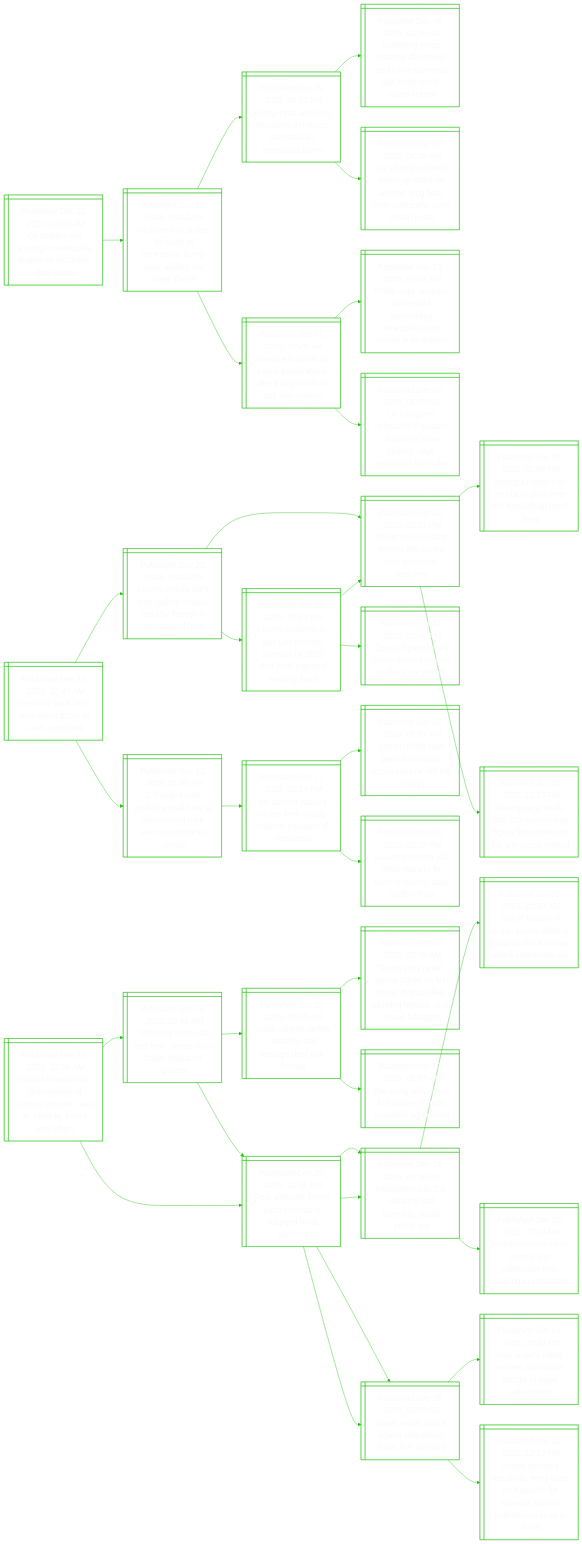
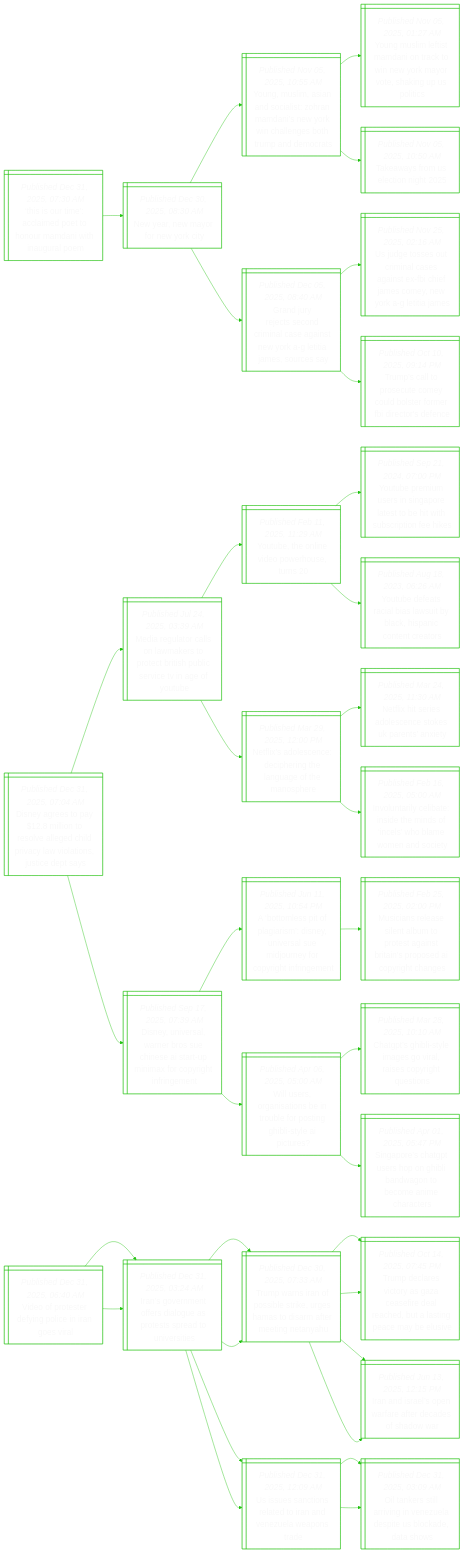
One commit to notJmes/notJmes changed the diagram in README.md. Above: the diagram before and after it, drawn with Mermaid. The commit also changed other lines of this file, not shown here.

````diff
--- a/README.md
+++ b/README.md
@@ -16,112 +16,112 @@
 flowchart LR
 classDef txtsize font-size:20px;
 
+Tsicetnaiiuo@{ shape: win-pane, label: "_Published Dec 31, 2025, 07:30 AM_
+‘this is our time’: acclaimed poet to honour mamdani with inaugural poem" }
+NamfwC@{ shape: win-pane, label: "_Published Dec 30, 2025, 08:30 AM_
+New year, new mayor for new york city" }
+YMmnoihaiYilehpea@{ shape: win-pane, label: "_Published Nov 05, 2025, 10:55 AM_
+Young, muslim, asian and socialist: zohran mamdani’s new york win challenges both trump and democrats" }
+YMmimociYaoauoc@{ shape: win-pane, label: "_Published Nov 05, 2025, 01:27 AM_
+Young muslim leftist mamdani on track to win new york mayor vote, shaking up us politics" }
+Twreig@{ shape: win-pane, label: "_Published Nov 05, 2025, 10:50 AM_
+Takeaways from us election night 2025" }
+GjesnmcgtoLiera@{ shape: win-pane, label: "_Published Dec 05, 2025, 08:40 AM_
+Grand jury rejects second criminal case against new york a-g letitia james, sources say" }
+UgstiagtIfsyoLie@{ shape: win-pane, label: "_Published Nov 25, 2025, 02:16 AM_
+Us judge tosses out criminal cases against ex-fbi chief james comey, new york a-g letitia james" }
+TstseydtrBesn@{ shape: win-pane, label: "_Published Oct 10, 2025, 09:14 PM_
+Trump’s call to prosecute comey could bolster former fbi director's defence" }
+
+Tsicetnaiiuo:::txtsize --> NamfwC:::txtsize
+NamfwC:::txtsize --> YMmnoihaiYilehpea:::txtsize
+YMmnoihaiYilehpea:::txtsize --> YMmimociYaoauoc:::txtsize
+YMmnoihaiYilehpea:::txtsize --> Twreig:::txtsize
+NamfwC:::txtsize --> GjesnmcgtoLiera:::txtsize
+GjesnmcgtoLiera:::txtsize --> UgstiagtIfsyoLie:::txtsize
+GjesnmcgtoLiera:::txtsize --> TstseydtrBesn:::txtsize
+
+DyealollcpcvtJct@{ shape: win-pane, label: "_Published Dec 31, 2025, 07:04 AM_
+Disney agrees to pay $12.8 million to resolve alleged child privacy law violations, justice dept says" }
+MraanattrhivVeu@{ shape: win-pane, label: "_Published Jul 24, 2025, 03:39 AM_
+Media regulator calls on lawmakers to protect british public service tv in age of youtube" }
+Yboeores@{ shape: win-pane, label: "_Published Feb 11, 2025, 11:29 AM_
+Youtube, the online video powerhouse, turns 20" }
+Ybmsnalthtstee@{ shape: win-pane, label: "_Published Sep 21, 2024, 07:00 PM_
+Youtube premium users in singapore latest to be hit with subscription fee hikes" }
+Ybeabatascees@{ shape: win-pane, label: "_Published Aug 18, 2023, 06:26 AM_
+Youtube defeats racial bias lawsuit by black, hispanic content creators" }
+Nioeeetneese@{ shape: win-pane, label: "_Published Mar 29, 2025, 12:00 PM_
+Netflix’s adolescence: deciphering the language of the manosphere" }
+Nisseckpti@{ shape: win-pane, label: "_Published Mar 24, 2025, 11:30 AM_
+Netflix hit series adolescence stokes uk parents’ anxiety" }
+Iuiledmoeoenoy@{ shape: win-pane, label: "_Published Feb 16, 2025, 05:00 AM_
+Involuntarily celibate: inside the minds of ‘incels’ who blame women and society" }
+DyeWrsiArixogfe@{ shape: win-pane, label: "_Published Sep 17, 2025, 07:39 AM_
+Disney, universal, warner bros sue chinese ai start-up minimax for copyright infringement" }
+Aosfimevliroytie@{ shape: win-pane, label: "_Published Jun 11, 2025, 10:54 PM_
+A ‘bottomless pit of plagiarism’: disney, universal sue midjourney for copyright infringement" }
+MieenurtnisoIrce@{ shape: win-pane, label: "_Published Feb 25, 2025, 02:00 PM_
+Musicians release silent album to protest against britain’s proposed ai copyright changes" }
+WsrsnnbriitIu@{ shape: win-pane, label: "_Published Apr 06, 2025, 05:00 AM_
+Will users, organisations be in trouble for posting ghibli-style ai pictures?" }
+CPitmgasphss@{ shape: win-pane, label: "_Published Mar 28, 2025, 10:10 AM_
+Chatgpt’s ghibli-style images go viral, raises copyright questions" }
+SpCProbnoeacc@{ shape: win-pane, label: "_Published Apr 01, 2025, 05:47 PM_
+Singapore’s chatgpt users hop on ghibli bandwagon to become anime characters" }
+
+DyealollcpcvtJct:::txtsize --> MraanattrhivVeu:::txtsize
+MraanattrhivVeu:::txtsize --> Yboeores:::txtsize
+Yboeores:::txtsize --> Ybmsnalthtstee:::txtsize
+Yboeores:::txtsize --> Ybeabatascees:::txtsize
+MraanattrhivVeu:::txtsize --> Nioeeetneese:::txtsize
+Nioeeetneese:::txtsize --> Nisseckpti:::txtsize
+Nioeeetneese:::txtsize --> Iuiledmoeoenoy:::txtsize
+DyealollcpcvtJct:::txtsize --> DyeWrsiArixogfe:::txtsize
+DyeWrsiArixogfe:::txtsize --> Aosfimevliroytie:::txtsize
+Aosfimevliroytie:::txtsize --> MieenurtnisoIrce:::txtsize
+DyeWrsiArixogfe:::txtsize --> WsrsnnbriitIu:::txtsize
+WsrsnnbriitIu:::txtsize --> CPitmgasphss:::txtsize
+WsrsnnbriitIu:::txtsize --> SpCProbnoeacc:::txtsize
+
+Votrilngi@{ shape: win-pane, label: "_Published Dec 31, 2025, 06:40 AM_
+Video of protester defying police in iran goes viral" }
+Ignososeptvt@{ shape: win-pane, label: "_Published Dec 31, 2025, 03:24 AM_
+Iran’s government offers dialogue as protests spread to universities" }
+TwIfituHtateNy@{ shape: win-pane, label: "_Published Dec 30, 2025, 07:33 AM_
+Trump warns iran of possible strike, urges hamas to disarm after meeting netanyahu" }
+Tdrcaaededlncbs@{ shape: win-pane, label: "_Published Oct 14, 2025, 07:45 PM_
+Trump declares victory as gaza ceasefire deal reached, but a lasting peace may be elusive" }
+Inapradehw@{ shape: win-pane, label: "_Published Jun 13, 2025, 12:15 PM_
+Iran and israel’s open warfare after decades of shadow war" }
+Uunnaoanlpr@{ shape: win-pane, label: "_Published Dec 31, 2025, 12:09 AM_
+Us issues sanctions related to iran and venezuela weapons trade" }
 OnsaiVueeoes@{ shape: win-pane, label: "_Published Dec 31, 2025, 03:09 AM_
 Oil tankers still arriving in venezuela despite us blockade, data shows" }
-Uzlecoeapageo@{ shape: win-pane, label: "_Published Dec 11, 2025, 06:22 AM_
-Us seizes oil tanker off coast of venezuela, trump says, adding ‘we keep’ the oil" }
-TenurneCbVuo@{ shape: win-pane, label: "_Published Dec 09, 2025, 09:52 PM_
-Trump eyes anti-drug operations in mexico, colombia as venezuela looms" }
-Siurymeoarnolu@{ shape: win-pane, label: "_Published Dec 06, 2025, 02:26 AM_
-Sweeping trump strategy document seeks to reframe us’ role in the world, slams europe" }
-Uirdotoeramzsho@{ shape: win-pane, label: "_Published Dec 02, 2025, 04:09 AM_
-Us admiral ordered follow-up strike on alleged drug boat from venezuela, says white house" }
-VulScpifromlMo@{ shape: win-pane, label: "_Published Dec 01, 2025, 07:49 AM_
-Venezuela slams us attack preparations after trump confirms call with maduro" }
-Tsicvsugztliee@{ shape: win-pane, label: "_Published Nov 29, 2025, 09:19 PM_
-Trump says airspace above and surrounding venezuela to be closed in its entirety" }
-UgVuMoceoyRllk@{ shape: win-pane, label: "_Published Dec 01, 2025, 05:07 AM_
-Us has given venezuela’s maduro chance to leave country, says republican lawmaker" }
+Ignososeptvt@{ shape: win-pane, label: "_Published Dec 31, 2025, 03:24 AM_
+Iran’s government offers dialogue as protests spread to universities" }
+TwIfituHtateNy@{ shape: win-pane, label: "_Published Dec 30, 2025, 07:33 AM_
+Trump warns iran of possible strike, urges hamas to disarm after meeting netanyahu" }
+Tdrcaaededlncbs@{ shape: win-pane, label: "_Published Oct 14, 2025, 07:45 PM_
+Trump declares victory as gaza ceasefire deal reached, but a lasting peace may be elusive" }
+Inapradehw@{ shape: win-pane, label: "_Published Jun 13, 2025, 12:15 PM_
+Iran and israel’s open warfare after decades of shadow war" }
+Uunnaoanlpr@{ shape: win-pane, label: "_Published Dec 31, 2025, 12:09 AM_
+Us issues sanctions related to iran and venezuela weapons trade" }
+OnsaiVueeoes@{ shape: win-pane, label: "_Published Dec 31, 2025, 03:09 AM_
+Oil tankers still arriving in venezuela despite us blockade, data shows" }
 
-OnsaiVueeoes:::txtsize --> Uzlecoeapageo:::txtsize
-Uzlecoeapageo:::txtsize --> TenurneCbVuo:::txtsize
-TenurneCbVuo:::txtsize --> Siurymeoarnolu:::txtsize
-TenurneCbVuo:::txtsize --> Uirdotoeramzsho:::txtsize
-Uzlecoeapageo:::txtsize --> VulScpifromlMo:::txtsize
-VulScpifromlMo:::txtsize --> Tsicvsugztliee:::txtsize
-VulScpifromlMo:::txtsize --> UgVuMoceoyRllk:::txtsize
-
-Gnktamsus@{ shape: win-pane, label: "_Published Dec 31, 2025, 12:49 AM_
-Germany bank heist nets about $45m in cash, valuables" }
-Leaaeliuyvstlt@{ shape: win-pane, label: "_Published Dec 23, 2025, 08:22 PM_
-Louvre installs bars over gallery window used by thieves in sensational heist" }
-Ptineluiisey@{ shape: win-pane, label: "_Published Oct 19, 2025, 05:51 PM_
-Power tool-wielding thieves flee louvre with ‘priceless’ jewellery" }
-GpboiPoidaes@{ shape: win-pane, label: "_Published Apr 28, 2025, 01:06 PM_
-‘grandpa robbers’ go on trial in paris over kim kardashian jewel heist" }
-Gpssofemmnsrt@{ shape: win-pane, label: "_Published Jun 02, 2025, 11:15 PM_
-Greenpeace steals $59,000 macron wax figure from museum for anti-russia protest" }
-Leudecafexdrl@{ shape: win-pane, label: "_Published Nov 19, 2025, 06:53 PM_
-Louvre museum to add 100 external cameras by 2026 after heist exposed security flaws" }
-Ptineluiisey@{ shape: win-pane, label: "_Published Oct 19, 2025, 05:51 PM_
-Power tool-wielding thieves flee louvre with ‘priceless’ jewellery" }
-Coievitecjs@{ shape: win-pane, label: "_Published Oct 31, 2025, 07:06 PM_
-Count of paris urges louvre thieves to ‘give us back our jewels’" }
-cerfietepeTnv@{ shape: win-pane, label: "_Published Nov 13, 2025, 01:45 PM_
-3 charged over stuffed animal heist at amusement park seen in tom hanks movie" }
-Scseloitluau@{ shape: win-pane, label: "_Published Nov 11, 2025, 10:16 PM_
-Six ancient statues stolen from syria’s national museum of damascus" }
-SnltiARahtoy@{ shape: win-pane, label: "_Published Dec 08, 2024, 08:51 AM_
-Syrian rebels oust president assad; russia says he left the country" }
-Leulytsisturs@{ shape: win-pane, label: "_Published Nov 06, 2025, 05:30 PM_
-Louvre museum will need years to fix security issues, state auditor finds" }
-
-Gnktamsus:::txtsize --> Leaaeliuyvstlt:::txtsize
-Leaaeliuyvstlt:::txtsize --> Ptineluiisey:::txtsize
-Ptineluiisey:::txtsize --> GpboiPoidaes:::txtsize
-Ptineluiisey:::txtsize --> Gpssofemmnsrt:::txtsize
-Leaaeliuyvstlt:::txtsize --> Leudecafexdrl:::txtsize
-Leudecafexdrl:::txtsize --> Ptineluiisey:::txtsize
-Leudecafexdrl:::txtsize --> Coievitecjs:::txtsize
-Gnktamsus:::txtsize --> cerfietepeTnv:::txtsize
-cerfietepeTnv:::txtsize --> Scseloitluau:::txtsize
-Scseloitluau:::txtsize --> SnltiARahtoy:::txtsize
-Scseloitluau:::txtsize --> Leulytsisturs:::txtsize
-
-GutnrtfonsCacos@{ shape: win-pane, label: "_Published Dec 31, 2025, 12:09 AM_
-Gaza humanitarian deterioration of serious concern, say uk, canada, france and others" }
-SrrlfirbrlGs@{ shape: win-pane, label: "_Published Dec 28, 2025, 09:55 PM_
-‘shivering from cold and fear’: winter rains batter displaced gazans" }
-Iliaeseoewa@{ shape: win-pane, label: "_Published Oct 10, 2025, 07:10 AM_
-Israeli cabinet ratifies ceasefire and hostage deal with hamas" }
-TssHaossaaorslaoe@{ shape: win-pane, label: "_Published Oct 09, 2025, 05:09 AM_
-Trump says israel, hamas agree on first phase of gaza deal, allowing release of all israeli hostages" }
-Pgoihfcfge@{ shape: win-pane, label: "_Published Oct 10, 2025, 06:53 AM_
-Pm wong welcomes first phase of gaza ceasefire agreement" }
-Fhgczptpors@{ shape: win-pane, label: "_Published Dec 26, 2025, 11:55 PM_
-Fuel shortage forces gaza hospital to suspend most services" }
-Ptnsagagela@{ shape: win-pane, label: "_Published Dec 26, 2025, 08:30 PM_
-Palestinian kills 2 in stabbing and ramming, israeli police say" }
-Ilttieeibes@{ shape: win-pane, label: "_Published Dec 26, 2025, 03:00 AM_
-Israeli settler attack injures palestinian baby, five arrested" }
-Fhgczptpors@{ shape: win-pane, label: "_Published Dec 26, 2025, 11:55 PM_
-Fuel shortage forces gaza hospital to suspend most services" }
-Ptnsagagela@{ shape: win-pane, label: "_Published Dec 26, 2025, 08:30 PM_
-Palestinian kills 2 in stabbing and ramming, israeli police say" }
-Sbsrcdnacaale@{ shape: win-pane, label: "_Published Oct 08, 2023, 12:45 AM_
-‘sea of bodies’ in israel, scores dead in gaza as shock hamas attack unleashes war" }
-Iletvlosapnen@{ shape: win-pane, label: "_Published Dec 26, 2025, 07:14 PM_
-Israeli reservist rams vehicle into palestinian man praying in west bank" }
-Ilttieeibes@{ shape: win-pane, label: "_Published Dec 26, 2025, 03:00 AM_
-Israeli settler attack injures palestinian baby, five arrested" }
-Hrhotciakxais@{ shape: win-pane, label: "_Published Dec 24, 2025, 05:24 PM_
-How israel’s hilltop settlers coordinate attacks to expel palestinians" }
-Siecsyoafoenlnit@{ shape: win-pane, label: "_Published Nov 21, 2025, 12:16 PM_
-S’pore imposes sanctions, entry bans on 4 israelis for violence against palestinians in west bank" }
-
-GutnrtfonsCacos:::txtsize --> SrrlfirbrlGs:::txtsize
-SrrlfirbrlGs:::txtsize --> Iliaeseoewa:::txtsize
-Iliaeseoewa:::txtsize --> TssHaossaaorslaoe:::txtsize
-Iliaeseoewa:::txtsize --> Pgoihfcfge:::txtsize
-SrrlfirbrlGs:::txtsize --> Fhgczptpors:::txtsize
-Fhgczptpors:::txtsize --> Ptnsagagela:::txtsize
-Fhgczptpors:::txtsize --> Ilttieeibes:::txtsize
-GutnrtfonsCacos:::txtsize --> Fhgczptpors:::txtsize
-Fhgczptpors:::txtsize --> Ptnsagagela:::txtsize
-Ptnsagagela:::txtsize --> Sbsrcdnacaale:::txtsize
-Ptnsagagela:::txtsize --> Iletvlosapnen:::txtsize
-Fhgczptpors:::txtsize --> Ilttieeibes:::txtsize
-Ilttieeibes:::txtsize --> Hrhotciakxais:::txtsize
-Ilttieeibes:::txtsize --> Siecsyoafoenlnit:::txtsize
+Votrilngi:::txtsize --> Ignososeptvt:::txtsize
+Ignososeptvt:::txtsize --> TwIfituHtateNy:::txtsize
+TwIfituHtateNy:::txtsize --> Tdrcaaededlncbs:::txtsize
+TwIfituHtateNy:::txtsize --> Inapradehw:::txtsize
+Ignososeptvt:::txtsize --> Uunnaoanlpr:::txtsize
+Uunnaoanlpr:::txtsize --> OnsaiVueeoes:::txtsize
+Votrilngi:::txtsize --> Ignososeptvt:::txtsize
+Ignososeptvt:::txtsize --> TwIfituHtateNy:::txtsize
+TwIfituHtateNy:::txtsize --> Tdrcaaededlncbs:::txtsize
+TwIfituHtateNy:::txtsize --> Inapradehw:::txtsize
+Ignososeptvt:::txtsize --> Uunnaoanlpr:::txtsize
+Uunnaoanlpr:::txtsize --> OnsaiVueeoes:::txtsize
 
 ```
````
